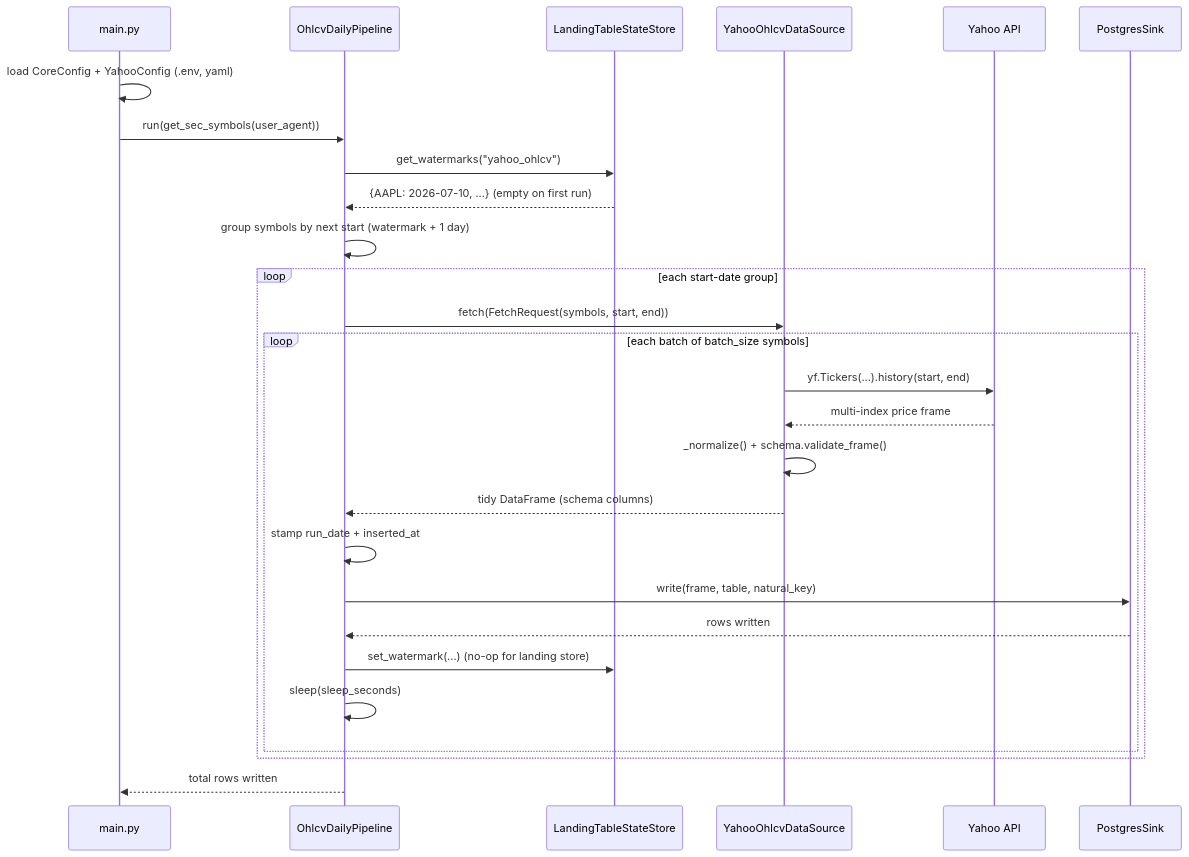
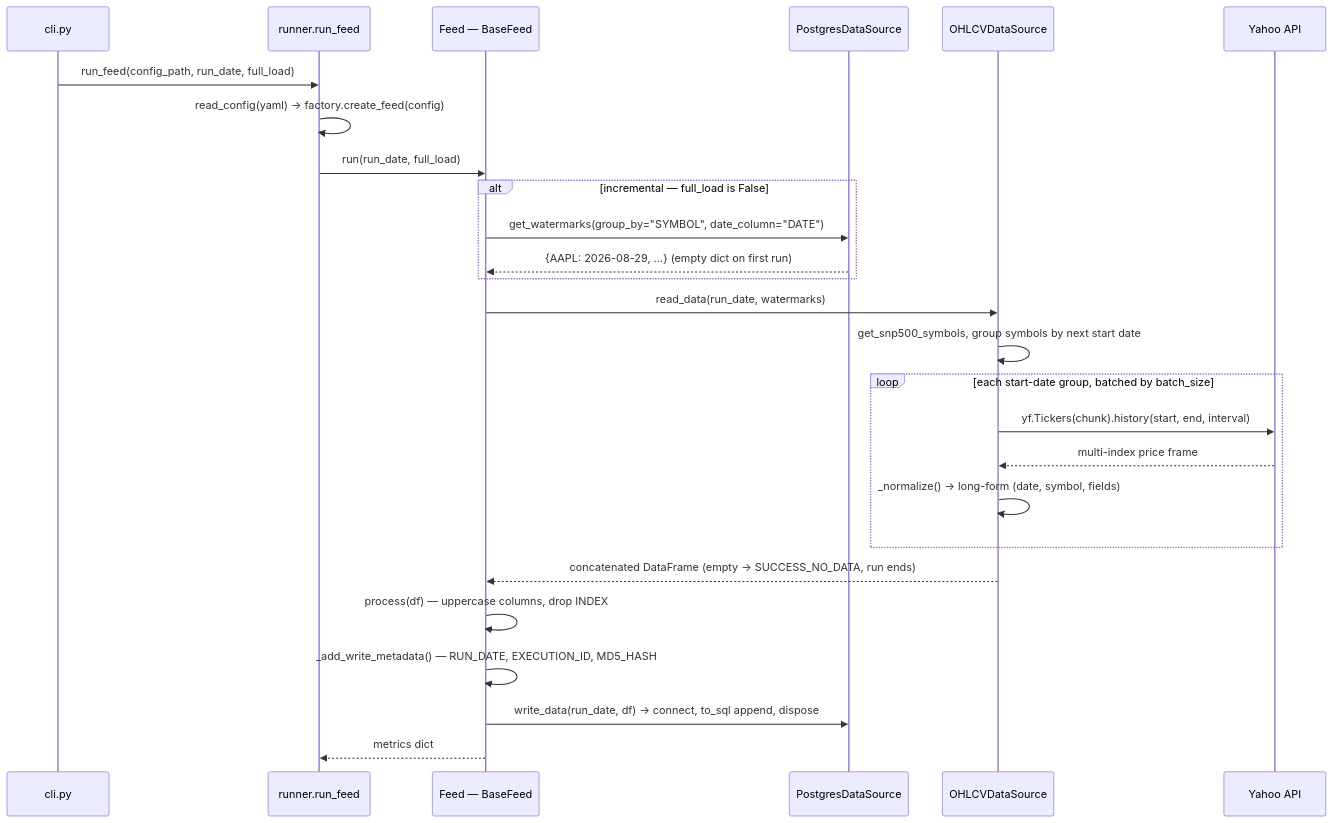
One commit to Analyst-Ninja/aurum changed the second of 2 diagrams in docs/datasource-framework.md. Above: the diagram before and after it, drawn with Mermaid. The commit also changed other lines of this file and 13 other files, not shown here.

````diff
--- a/docs/datasource-framework.md
+++ b/docs/datasource-framework.md
@@ -120,30 +133,29 @@
 ```mermaid
 sequenceDiagram
-    participant M as main.py
-    participant P as OhlcvDailyPipeline
-    participant St as LandingTableStateStore
-    participant D as YahooOhlcvDataSource
+    participant C as cli.py
+    participant R as runner.run_feed
+    participant F as Feed — BaseFeed
+    participant O as PostgresDataSource
+    participant I as OHLCVDataSource
     participant Y as Yahoo API
-    participant Sk as PostgresSink
 
-    M->>M: load CoreConfig + YahooConfig (.env, yaml)
-    M->>P: run(get_sec_symbols(user_agent))
-    P->>St: get_watermarks("yahoo_ohlcv")
-    St-->>P: {AAPL: 2026-07-10, ...}  (empty on first run)
-    P->>P: group symbols by next start (watermark + 1 day)
-    loop each start-date group
-        P->>D: fetch(FetchRequest(symbols, start, end))
-        loop each batch of batch_size symbols
-            D->>Y: yf.Tickers(...).history(start, end)
-            Y-->>D: multi-index price frame
-            D->>D: _normalize() + schema.validate_frame()
-            D-->>P: tidy DataFrame (schema columns)
-            P->>P: stamp run_date + inserted_at
-            P->>Sk: write(frame, table, natural_key)
-            Sk-->>P: rows written
-            P->>St: set_watermark(...)  (no-op for landing store)
-            P->>P: sleep(sleep_seconds)
-        end
+    C->>R: run_feed(config_path, run_date, full_load)
+    R->>R: read_config(yaml) → factory.create_feed(config)
+    R->>F: run(run_date, full_load)
+    alt incremental — full_load is False
+        F->>O: get_watermarks(group_by="SYMBOL", date_column="DATE")
+        O-->>F: {AAPL: 2026-08-29, ...}   (empty dict on first run)
     end
-    P-->>M: total rows written
+    F->>I: read_data(run_date, watermarks)
+    I->>I: get_snp500_symbols, group symbols by next start date
+    loop each start-date group, batched by batch_size
+        I->>Y: yf.Tickers(chunk).history(start, end, interval)
+        Y-->>I: multi-index price frame
+        I->>I: _normalize() → long-form (date, symbol, fields)
+    end
+    I-->>F: concatenated DataFrame (empty → SUCCESS_NO_DATA, run ends)
+    F->>F: process(df) — uppercase columns, drop INDEX
+    F->>F: _add_write_metadata() — RUN_DATE, EXECUTION_ID, MD5_HASH
+    F->>O: write_data(run_date, df)  → connect, to_sql append, dispose
+    F-->>R: metrics dict
 ```
````
